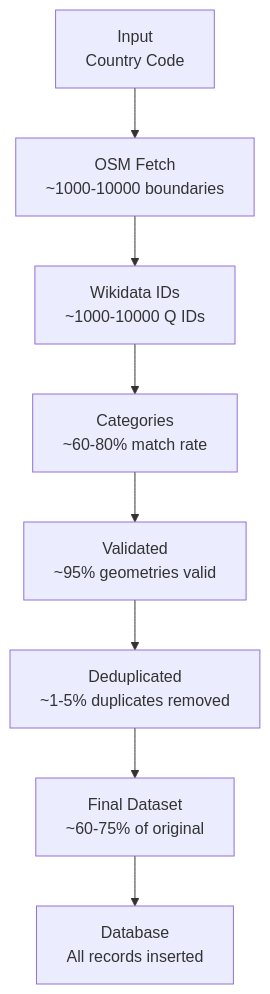
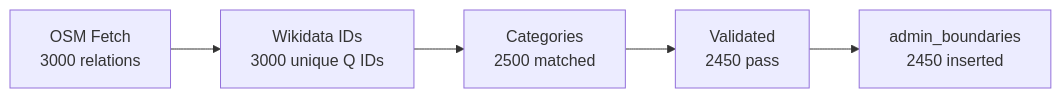
One commit to DaxServer/geocode-commons-categories changed the third of 6 diagrams in docs/import/visual-overview.md. Above: the diagram before and after it, drawn with Mermaid. The commit also changed other lines of this file and 11 other files, not shown here.

````diff
--- a/docs/import/visual-overview.md
+++ b/docs/import/visual-overview.md
@@ -81,19 +63,7 @@
 ```mermaid
-graph TD
-    INPUT[Input<br/>Country Code]
-
-    INPUT --> OSM[OSM Fetch<br/>~1000-10000 boundaries]
-
-    OSM --> WD_IDS[Wikidata IDs<br/>~1000-10000 Q IDs]
-
-    WD_IDS --> WD_CAT[Categories<br/>~60-80% match rate]
-
-    WD_CAT --> VALID[Validated<br/>~95% geometries valid]
-
-    VALID --> DEDUP[Deduplicated<br/>~1-5% duplicates removed]
-
-    DEDUP --> FINAL[Final Dataset<br/>~60-75% of original]
-
-    FINAL --> DB[Database<br/>All records inserted]
-
+graph LR
+    OSM[OSM Fetch<br/>3000 relations] --> WD[Wikidata IDs<br/>3000 unique Q IDs]
+    WD --> CATS[Categories<br/>2500 matched]
+    CATS --> VALID[Validated<br/>2450 pass]
+    VALID --> FINAL[admin_boundaries<br/>2450 inserted]
 ```
````
